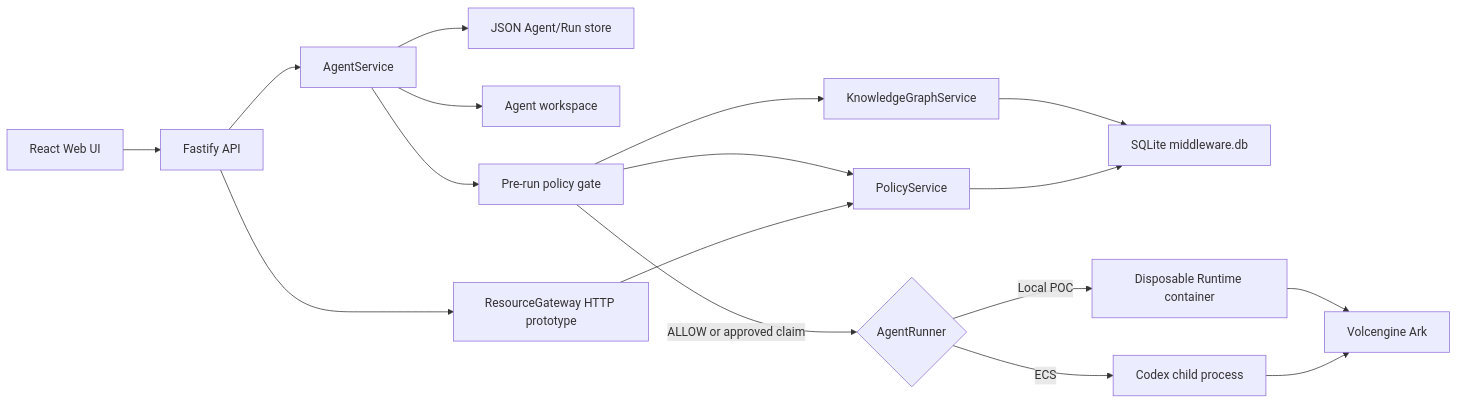
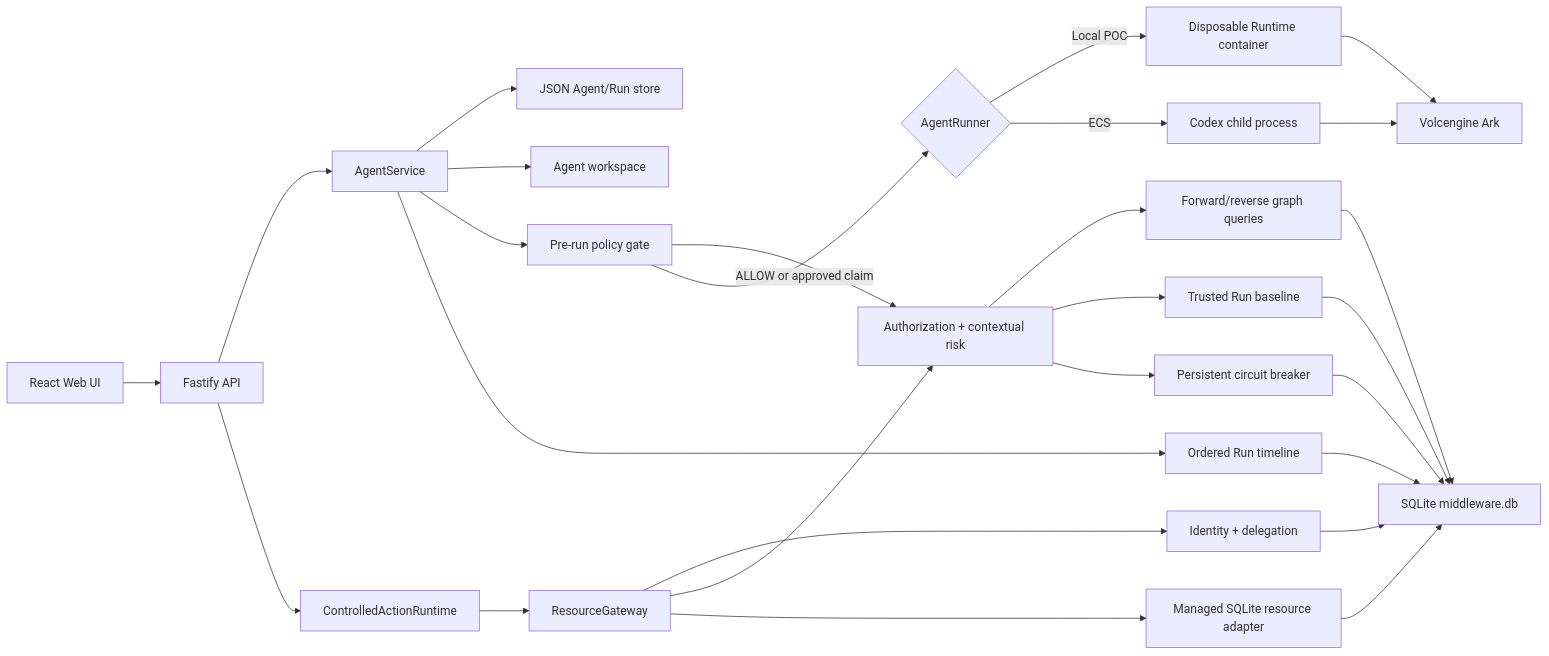
One commit to Jeraldiscoding/CodeJam-Quantqueens changed the diagram in docs/ARCHITECTURE.md. Above: the diagram before and after it, drawn with Mermaid. The commit also changed other lines of this file and 81 other files, not shown here.

````diff
--- a/docs/ARCHITECTURE.md
+++ b/docs/ARCHITECTURE.md
@@ -5,19 +7,29 @@
 ```mermaid
 flowchart LR
     UI["React Web UI"] --> API["Fastify API"]
     API --> Service["AgentService"]
     Service --> Json["JSON Agent/Run store"]
     Service --> Workspace["Agent workspace"]
     Service --> Gate["Pre-run policy gate"]
-    Gate --> Graph["KnowledgeGraphService"]
-    Gate --> Policy["PolicyService"]
-    Graph --> SQLite["SQLite middleware.db"]
-    Policy --> SQLite
-    API --> Gateway["ResourceGateway HTTP prototype"]
-    Gateway --> Policy
+    Gate --> Policy
+    API --> Managed["ControlledActionRuntime"]
+    Managed --> Gateway["ResourceGateway"]
+    Gateway --> Identity["Identity + delegation"]
+    Gateway --> Policy["Authorization + contextual risk"]
+    Policy --> Graph["Forward/reverse graph queries"]
+    Policy --> History["Trusted Run baseline"]
+    Policy --> Breaker["Persistent circuit breaker"]
+    Gateway --> Adapter["Managed SQLite resource adapter"]
+    Service --> Timeline["Ordered Run timeline"]
+    Identity --> SQLite["SQLite middleware.db"]
+    Graph --> SQLite
+    History --> SQLite
+    Breaker --> SQLite
+    Timeline --> SQLite
+    Adapter --> SQLite
     Gate -->|ALLOW or approved claim| Runner{"AgentRunner"}
     Runner -->|Local POC| Container["Disposable Runtime container"]
     Runner -->|ECS| Process["Codex child process"]
     Container --> Ark["Volcengine Ark"]
     Process --> Ark
 ```
````
